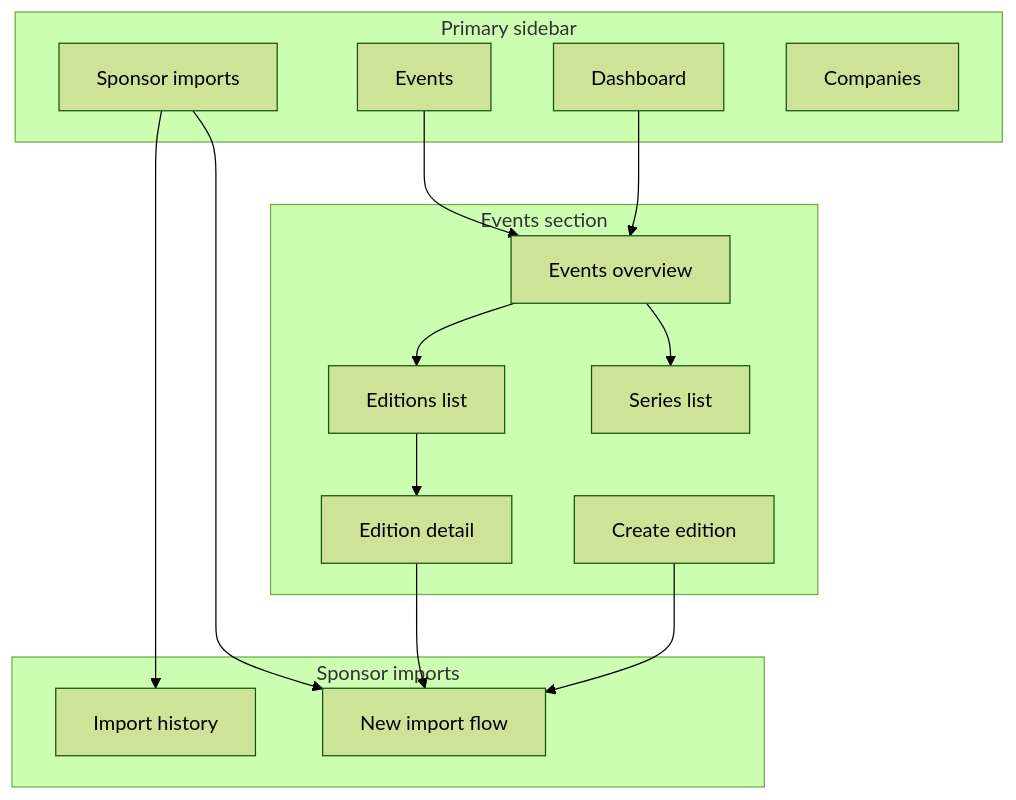
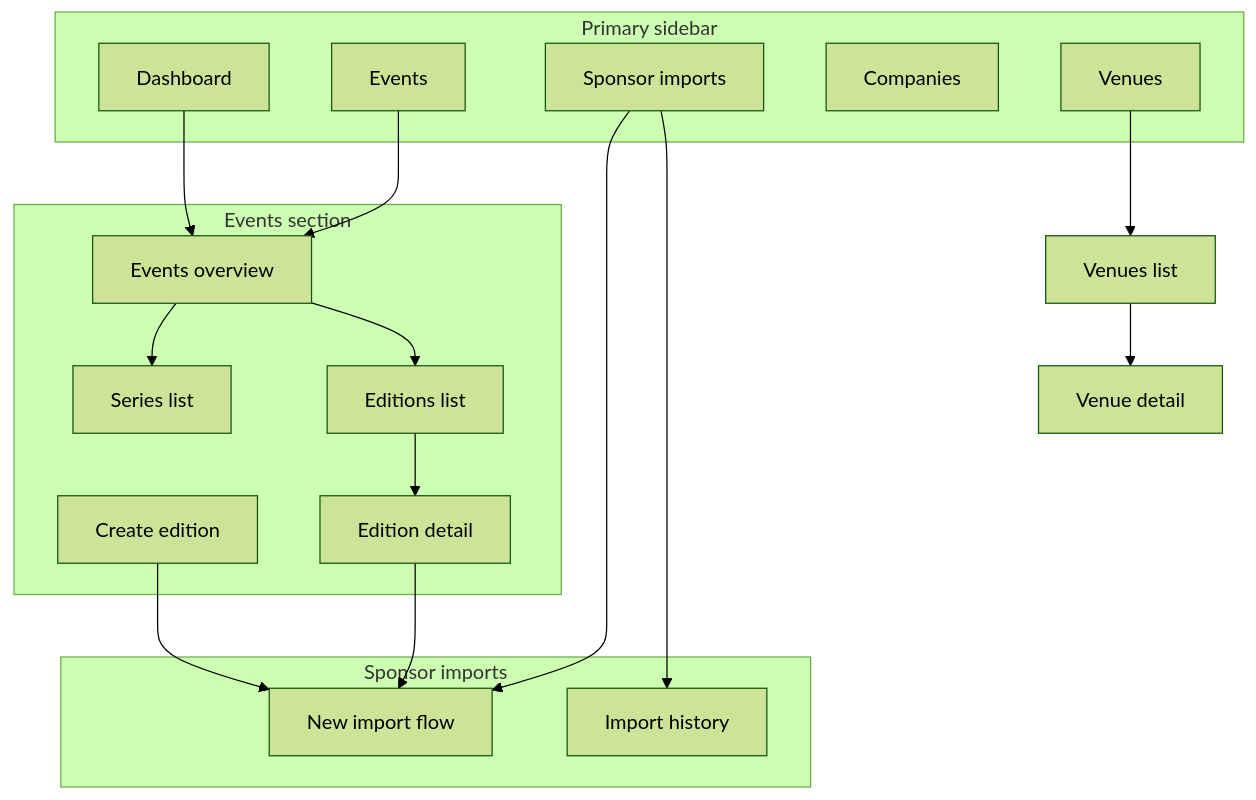
Before and after one commit to Camilla-ty/event-search: the first of 2 diagrams in docs/admin-information-architecture.md, drawn with Mermaid (forest theme). The commit also changed other lines of this file and 3 other files, not shown here.

````diff
--- a/docs/admin-information-architecture.md
+++ b/docs/admin-information-architecture.md
@@ -78,32 +79,35 @@
 ```mermaid
 flowchart TB
   subgraph nav [Primary sidebar]
     D[Dashboard]
     E[Events]
     SI[Sponsor imports]
     C[Companies]
+    V[Venues]
   end
 
   subgraph events [Events section]
     EO[Events overview]
     EL[Editions list]
     SL[Series list]
     EN[Create edition]
     ED[Edition detail]
   end
 
   subgraph imports [Sponsor imports]
     IL[Import history]
     IN[New import flow]
   end
 
   D --> EO
   E --> EO
   EO --> EL
   EO --> SL
   EL --> ED
   EN --> IN
   ED --> IN
   SI --> IL
   SI --> IN
+  V --> VL[Venues list]
+  VL --> VD[Venue detail]
 ```
````
